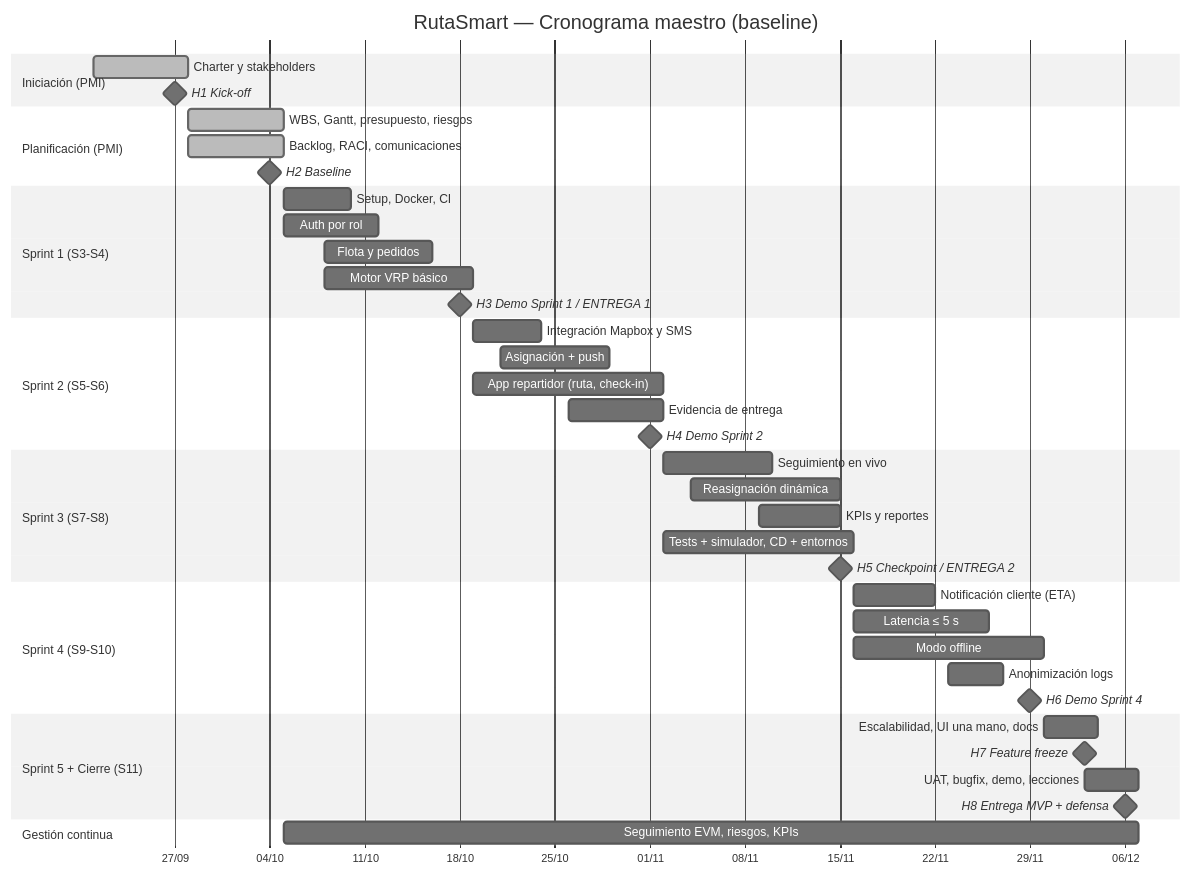
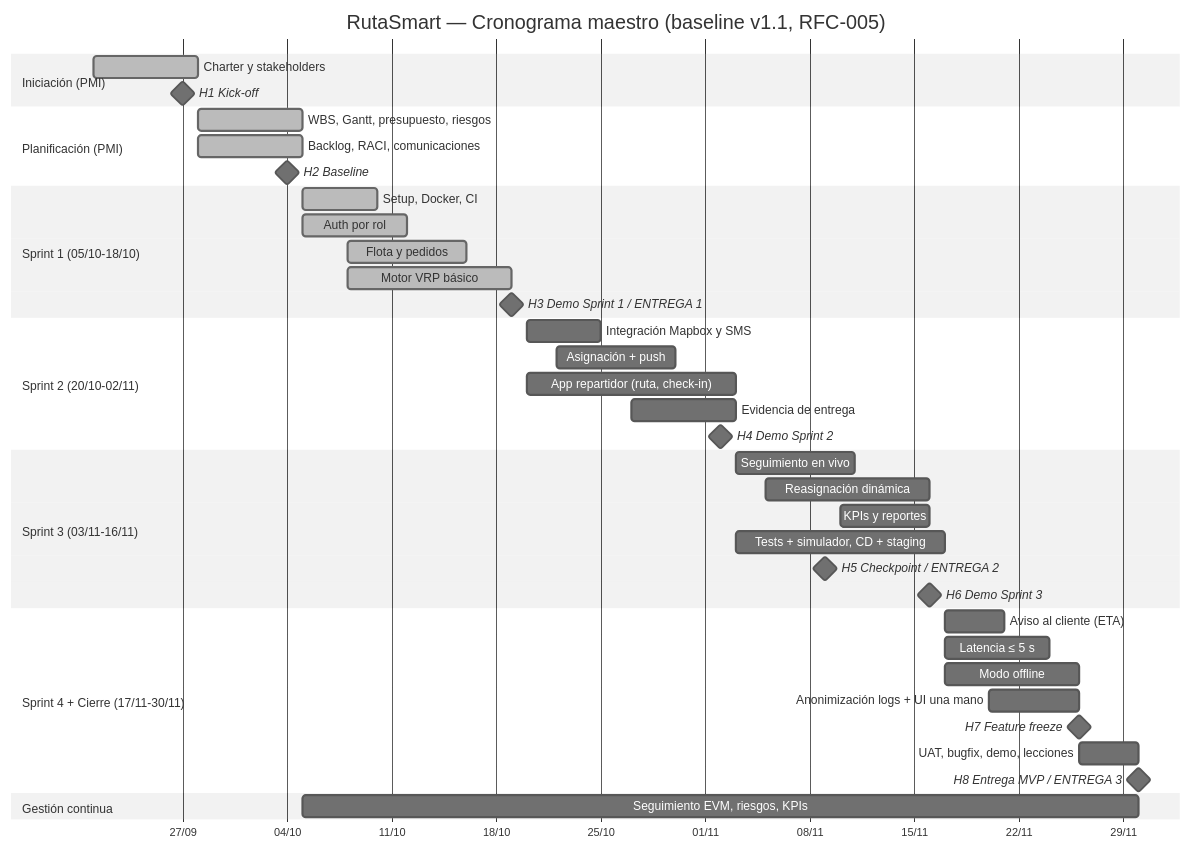
The diagram in docs/03_WBS_Cronograma.md (Gaby20785/RutaSmart), drawn with Mermaid (neutral theme) before and after one commit. The commit also changed other lines of this file and 8 other files, not shown here.

Commit message:
Replanificación por nuevo calendario de entregas (RFC-005)

````diff
--- a/docs/03_WBS_Cronograma.md
+++ b/docs/03_WBS_Cronograma.md
@@ -106,52 +120,49 @@
 ```mermaid
 gantt
-    title RutaSmart — Cronograma maestro (baseline)
+    title RutaSmart — Cronograma maestro (baseline v1.1, RFC-005)
     dateFormat YYYY-MM-DD
     axisFormat %d/%m
 
     section Iniciación (PMI)
     Charter y stakeholders           :done, a1, 2026-09-21, 7d
     H1 Kick-off                      :milestone, m1, 2026-09-27, 0d
 
     section Planificación (PMI)
     WBS, Gantt, presupuesto, riesgos :done, a2, 2026-09-28, 7d
     Backlog, RACI, comunicaciones    :done, a3, 2026-09-28, 7d
     H2 Baseline                      :milestone, m2, 2026-10-04, 0d
 
-    section Sprint 1 (S3-S4)
-    Setup, Docker, CI                :s1a, 2026-10-05, 5d
-    Auth por rol                     :s1b, 2026-10-05, 7d
-    Flota y pedidos                  :s1c, 2026-10-08, 8d
-    Motor VRP básico                 :s1d, 2026-10-08, 11d
-    H3 Demo Sprint 1 / ENTREGA 1     :milestone, m3, 2026-10-18, 0d
+    section Sprint 1 (05/10-18/10)
+    Setup, Docker, CI                :done, s1a, 2026-10-05, 5d
+    Auth por rol                     :done, s1b, 2026-10-05, 7d
+    Flota y pedidos                  :done, s1c, 2026-10-08, 8d
+    Motor VRP básico                 :done, s1d, 2026-10-08, 11d
+    H3 Demo Sprint 1 / ENTREGA 1     :milestone, m3, 2026-10-19, 0d
 
-    section Sprint 2 (S5-S6)
-    Integración Mapbox y SMS         :s2a, 2026-10-19, 5d
-    Asignación + push                :s2b, 2026-10-21, 8d
-    App repartidor (ruta, check-in)  :s2c, 2026-10-19, 14d
-    Evidencia de entrega             :s2d, 2026-10-26, 7d
-    H4 Demo Sprint 2                 :milestone, m4, 2026-11-01, 0d
+    section Sprint 2 (20/10-02/11)
+    Integración Mapbox y SMS         :s2a, 2026-10-20, 5d
+    Asignación + push                :s2b, 2026-10-22, 8d
+    App repartidor (ruta, check-in)  :s2c, 2026-10-20, 14d
+    Evidencia de entrega             :s2d, 2026-10-27, 7d
+    H4 Demo Sprint 2                 :milestone, m4, 2026-11-02, 0d
 
-    section Sprint 3 (S7-S8)
-    Seguimiento en vivo              :s3a, 2026-11-02, 8d
-    Reasignación dinámica            :s3b, 2026-11-04, 11d
-    KPIs y reportes                  :s3c, 2026-11-09, 6d
-    Tests + simulador, CD + entornos :s3d, 2026-11-02, 14d
-    H5 Checkpoint / ENTREGA 2        :milestone, m5, 2026-11-15, 0d
+    section Sprint 3 (03/11-16/11)
+    Seguimiento en vivo              :s3a, 2026-11-03, 8d
+    Reasignación dinámica            :s3b, 2026-11-05, 11d
+    KPIs y reportes                  :s3c, 2026-11-10, 6d
+    Tests + simulador, CD + staging  :s3d, 2026-11-03, 14d
+    H5 Checkpoint / ENTREGA 2        :milestone, m5, 2026-11-09, 0d
+    H6 Demo Sprint 3                 :milestone, m6, 2026-11-16, 0d
 
-    section Sprint 4 (S9-S10)
-    Notificación cliente (ETA)       :s4a, 2026-11-16, 6d
-    Latencia ≤ 5 s                   :s4b, 2026-11-16, 10d
-    Modo offline                     :s4c, 2026-11-16, 14d
-    Anonimización logs               :s4d, 2026-11-23, 4d
-    H6 Demo Sprint 4                 :milestone, m6, 2026-11-29, 0d
-
-    section Sprint 5 + Cierre (S11)
-    Escalabilidad, UI una mano, docs :s5a, 2026-11-30, 4d
-    H7 Feature freeze                :milestone, m7, 2026-12-03, 0d
-    UAT, bugfix, demo, lecciones     :c1, 2026-12-03, 4d
-    H8 Entrega MVP + defensa         :milestone, m8, 2026-12-06, 0d
+    section Sprint 4 + Cierre (17/11-30/11)
+    Aviso al cliente (ETA)           :s4a, 2026-11-17, 4d
+    Latencia ≤ 5 s                   :s4b, 2026-11-17, 7d
+    Modo offline                     :s4c, 2026-11-17, 9d
+    Anonimización logs + UI una mano :s4d, 2026-11-20, 6d
+    H7 Feature freeze                :milestone, m7, 2026-11-26, 0d
+    UAT, bugfix, demo, lecciones     :c1, 2026-11-26, 4d
+    H8 Entrega MVP / ENTREGA 3       :milestone, m8, 2026-11-30, 0d
 
     section Gestión continua
-    Seguimiento EVM, riesgos, KPIs   :g1, 2026-10-05, 63d
+    Seguimiento EVM, riesgos, KPIs   :g1, 2026-10-05, 56d
 ```
````
